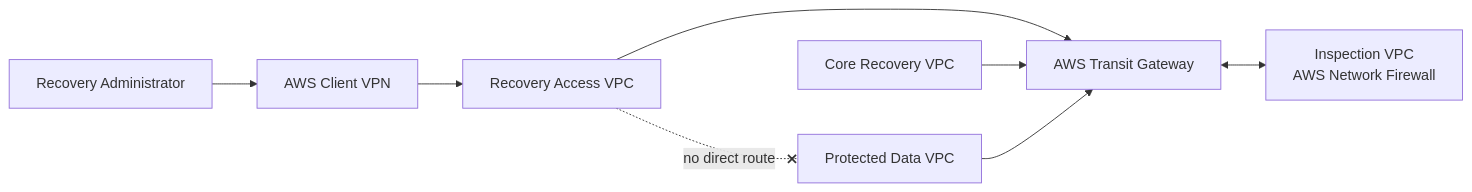
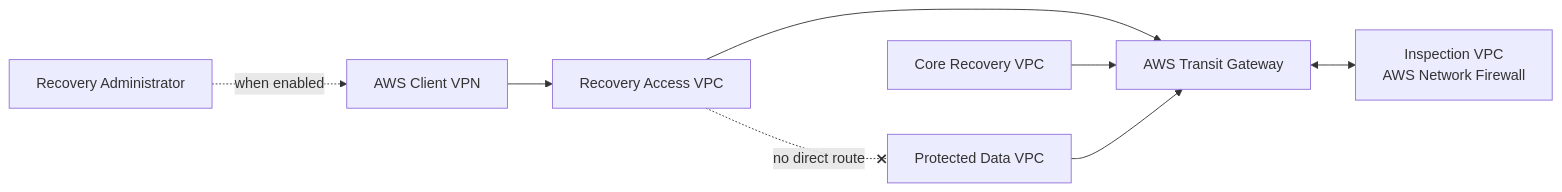
One commit to CloudDevops2789/terraform_modules changed the diagram in README.md. Above: the diagram before and after it, drawn with Mermaid. The commit also changed other lines of this file and 23 other files, not shown here.

````diff
--- a/README.md
+++ b/README.md
@@ -54,13 +54,13 @@
 ```mermaid
 flowchart LR
-    ADMIN["Recovery Administrator"] --> CVPN["AWS Client VPN"]
+    ADMIN["Recovery Administrator"] -. "when enabled" .-> CVPN["AWS Client VPN"]
     CVPN --> RA["Recovery Access VPC"]
 
     RA --> TGW["AWS Transit Gateway"]
     CORE["Core Recovery VPC"] --> TGW
     DATA["Protected Data VPC"] --> TGW
 
     TGW <--> INS["Inspection VPC\nAWS Network Firewall"]
 
     RA -. "no direct route" .-x DATA
 ```
````
